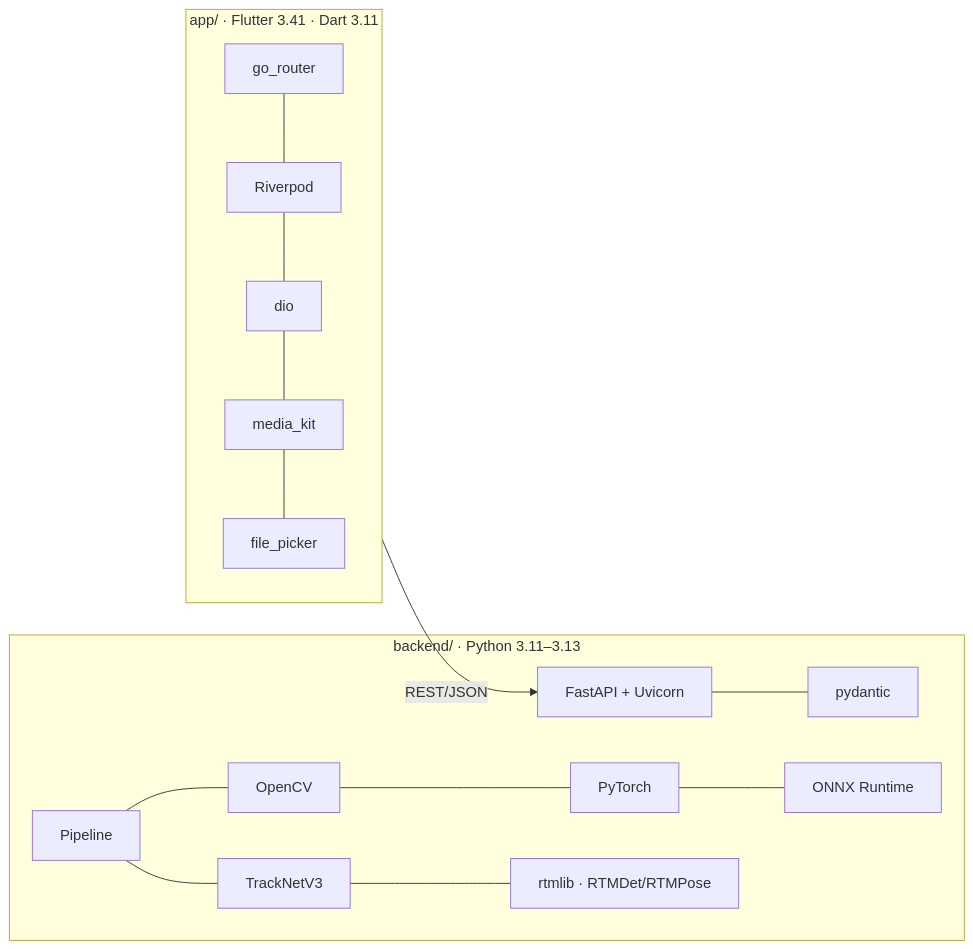
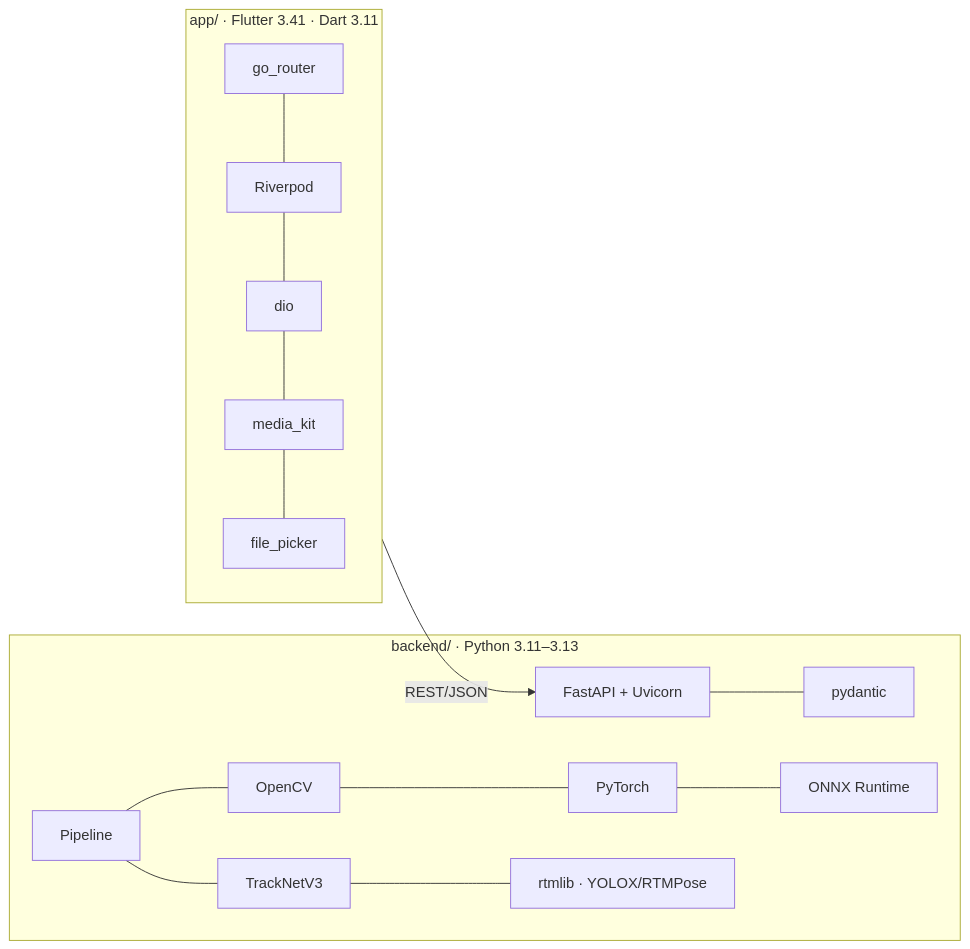
One commit to Mist10148/ShuttleSense changed the diagram in docs/TECH_STACK.md. Above: the diagram before and after it, drawn with Mermaid. The commit also changed other lines of this file and 7 other files, not shown here.

````diff
--- a/docs/TECH_STACK.md
+++ b/docs/TECH_STACK.md
@@ -7,12 +7,12 @@
 ```mermaid
 flowchart LR
     subgraph App["app/ · Flutter 3.41 · Dart 3.11"]
         R[go_router] --- S[Riverpod] --- D[dio] --- M[media_kit] --- F[file_picker]
     end
     subgraph Backend["backend/ · Python 3.11–3.13"]
         API[FastAPI + Uvicorn] --- PD[pydantic]
         PL[Pipeline] --- CV[OpenCV] --- T[PyTorch] --- ORT[ONNX Runtime]
-        PL --- TN[TrackNetV3] --- RT[rtmlib · RTMDet/RTMPose]
+        PL --- TN[TrackNetV3] --- RT[rtmlib · YOLOX/RTMPose]
     end
     App -- REST/JSON --> API
 ```
````
